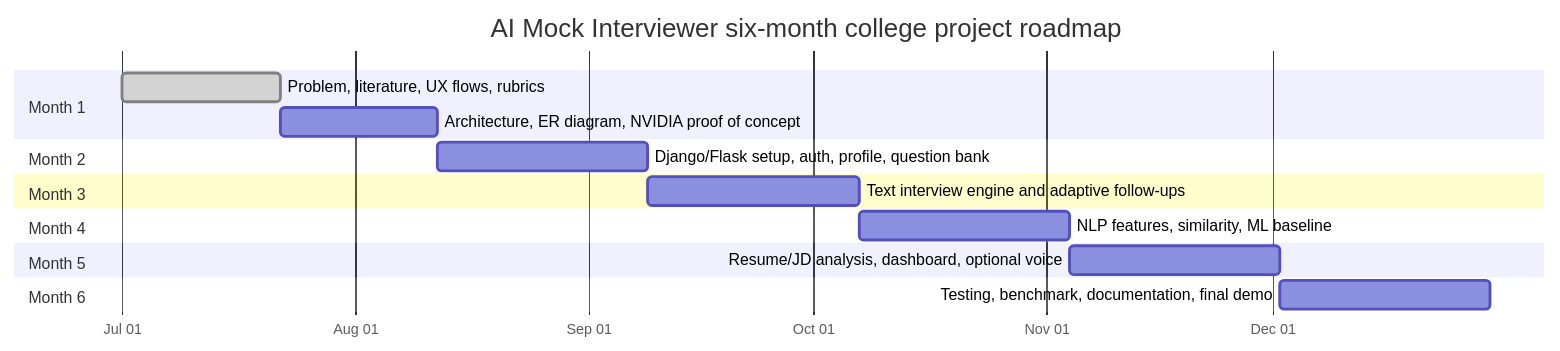
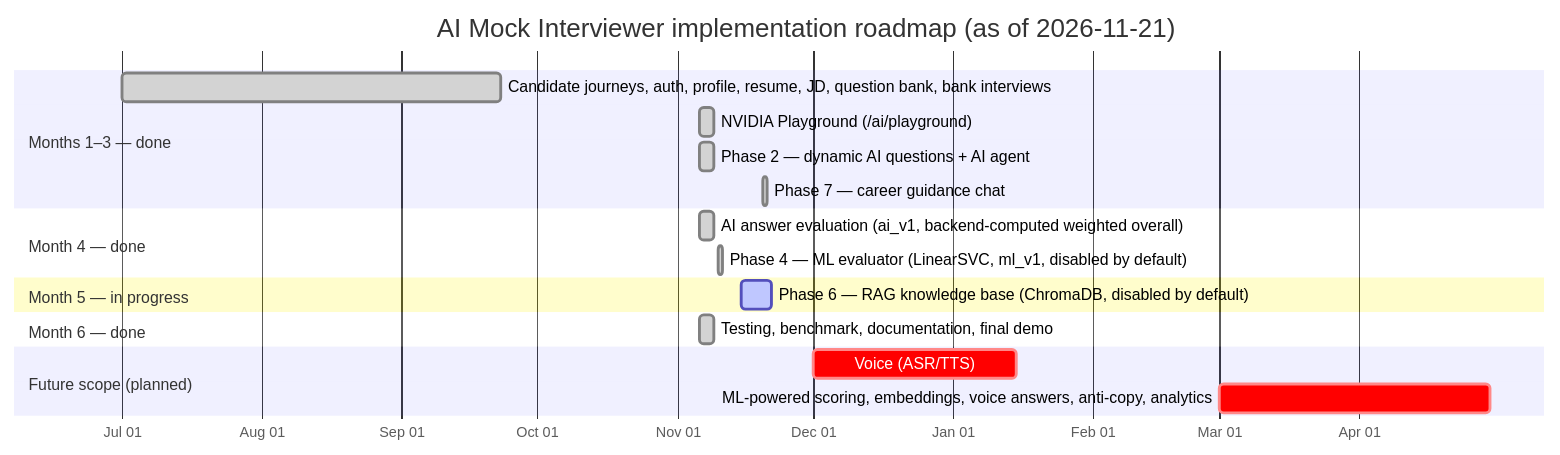
The diagram in docs/ai_mock_interviewer_roadmap.mmd (Gunjan934/AI-Mock-Interviewer), drawn with Mermaid before and after one commit. The commit also changed 8 other files, not shown here.

```diff
--- a/docs/ai_mock_interviewer_roadmap.mmd
+++ b/docs/ai_mock_interviewer_roadmap.mmd
@@ -1,17 +1,19 @@
 gantt
-    title AI Mock Interviewer six-month college project roadmap
+    title AI Mock Interviewer implementation roadmap (as of 2026-11-21)
     dateFormat  YYYY-MM-DD
     axisFormat  %b %d
-    section Month 1
-    Problem, literature, UX flows, rubrics :done, p1, 2026-07-01, 21d
-    Architecture, ER diagram, NVIDIA proof of concept :p2, after p1, 21d
-    section Month 2
-    Django/Flask setup, auth, profile, question bank :p3, after p2, 28d
-    section Month 3
-    Text interview engine and adaptive follow-ups :p4, after p3, 28d
-    section Month 4
-    NLP features, similarity, ML baseline :p5, after p4, 28d
-    section Month 5
-    Resume/JD analysis, dashboard, optional voice :p6, after p5, 28d
-    section Month 6
-    Testing, benchmark, documentation, final demo :p7, after p6, 28d
+    section Months 1–3 — done
+    Candidate journeys, auth, profile, resume, JD, question bank, bank interviews :done, m1, 2026-07-01, 84d
+    NVIDIA Playground (/ai/playground) :done, p1, 2026-11-06, 3d
+    Phase 2 — dynamic AI questions + AI agent :done, p2, 2026-11-06, 3d
+    Phase 7 — career guidance chat :done, cg, 2026-11-20, 1d
+    section Month 4 — done
+    AI answer evaluation (ai_v1, backend-computed weighted overall) :done, p3, 2026-11-06, 3d
+    Phase 4 — ML evaluator (LinearSVC, ml_v1, disabled by default) :done, m4, 2026-11-10, 1d
+    section Month 5 — in progress
+    Phase 6 — RAG knowledge base (ChromaDB, disabled by default) :active, r6, 2026-11-15, 7d
+    section Month 6 — done
+    Testing, benchmark, documentation, final demo :done, m6, 2026-11-06, 3d
+    section Future scope (planned)
+    Voice (ASR/TTS) :crit, voice, 2026-12-01, 45d
+    ML-powered scoring, embeddings, voice answers, anti-copy, analytics :crit, f4, 2027-03-01, 60d
```
